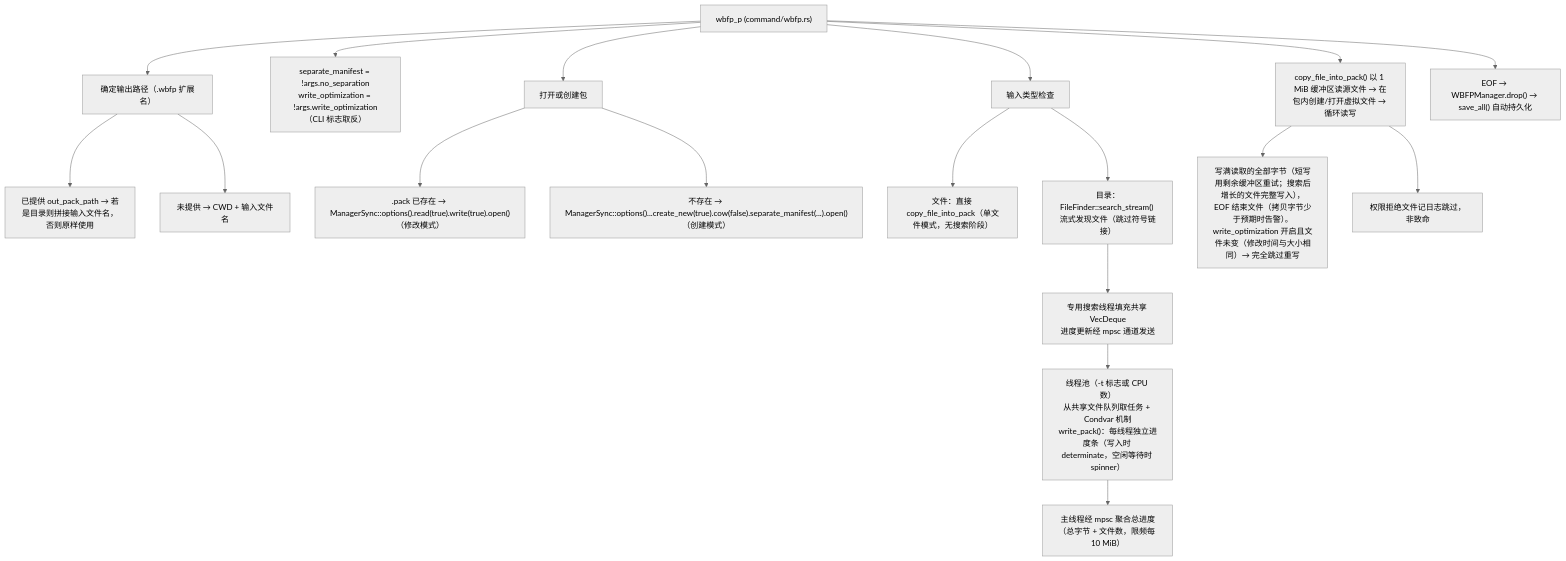
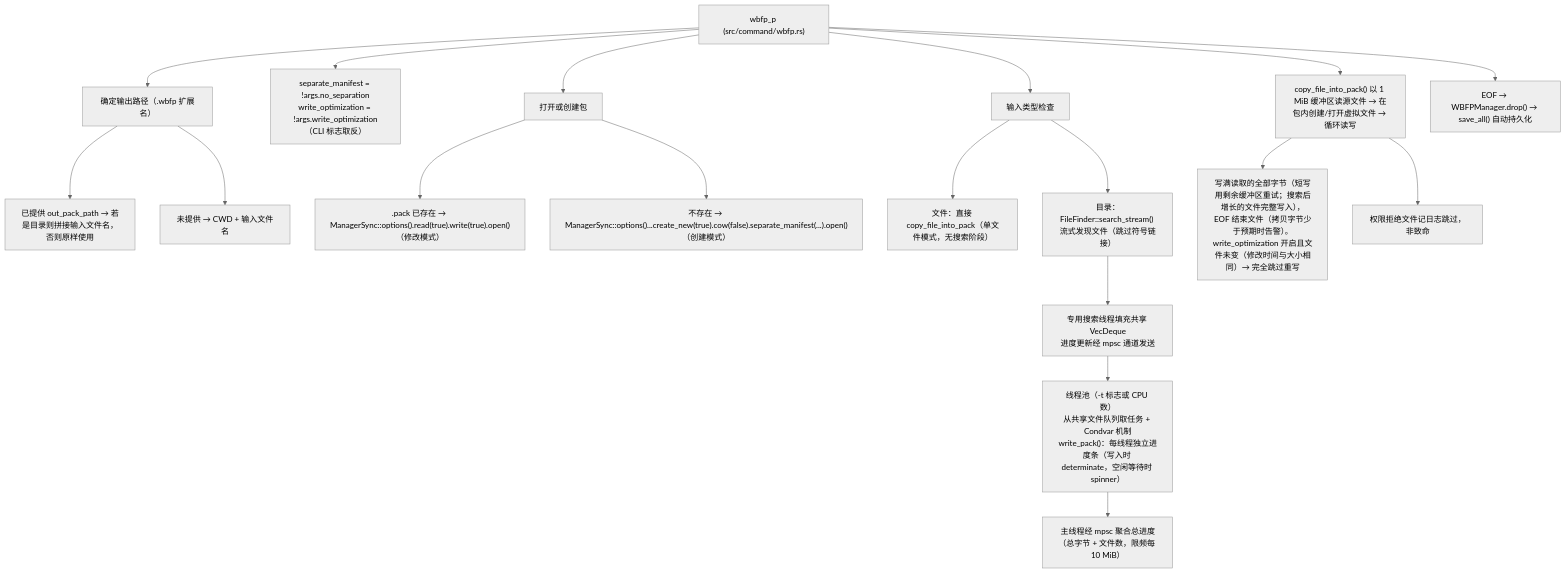
The fifth of 9 diagrams in docs/zh_CN/ARCHITECTURE.md (WaterBall20/water_ball_tool), drawn with Mermaid (neutral theme) before and after one commit. The commit also changed other lines of this file and 27 other files, not shown here.

````diff
--- a/docs/zh_CN/ARCHITECTURE.md
+++ b/docs/zh_CN/ARCHITECTURE.md
@@ -670,20 +810,20 @@
 ```mermaid
 flowchart TD
-    P["wbfp_p (command/wbfp.rs)"] --> D["确定输出路径（.wbfp 扩展名）"]
+    P["wbfp_p (src/command/wbfp.rs)"] --> D["确定输出路径（.wbfp 扩展名）"]
     D --> D1["已提供 out_pack_path → 若是目录则拼接输入文件名，否则原样使用"]
     D --> D2["未提供 → CWD + 输入文件名"]
     P --> S["separate_manifest = !args.no_separation<br/>write_optimization = !args.write_optimization（CLI 标志取反）"]
     P --> O["打开或创建包"]
     O --> O1[".pack 已存在 → ManagerSync::options().read(true).write(true).open()（修改模式）"]
     O --> O2["不存在 → ManagerSync::options()...create_new(true).cow(false).separate_manifest(...).open()（创建模式）"]
     P --> I["输入类型检查"]
     I --> I1["文件：直接 copy_file_into_pack（单文件模式，无搜索阶段）"]
     I --> I2["目录：FileFinder::search_stream() 流式发现文件（跳过符号链接）"]
     I2 --> I3["专用搜索线程填充共享 VecDeque<br/>进度更新经 mpsc 通道发送"]
     I3 --> I4["线程池（-t 标志或 CPU 数）<br/>从共享文件队列取任务 + Condvar 机制<br/>write_pack()：每线程独立进度条（写入时 determinate，空闲等待时 spinner）"]
     I4 --> I5["主线程经 mpsc 聚合总进度（总字节 + 文件数，限频每 10 MiB）"]
     P --> C["copy_file_into_pack() 以 1 MiB 缓冲区读源文件 → 在包内创建/打开虚拟文件 → 循环读写"]
     C --> C1["写满读取的全部字节（短写用剩余缓冲区重试；搜索后增长的文件完整写入），EOF 结束文件（拷贝字节少于预期时告警）。write_optimization 开启且文件未变（修改时间与大小相同）→ 完全跳过重写"]
     C --> C2["权限拒绝文件记日志跳过，非致命"]
     P --> X["EOF → WBFPManager.drop() → save_all() 自动持久化"]
 ```
````
